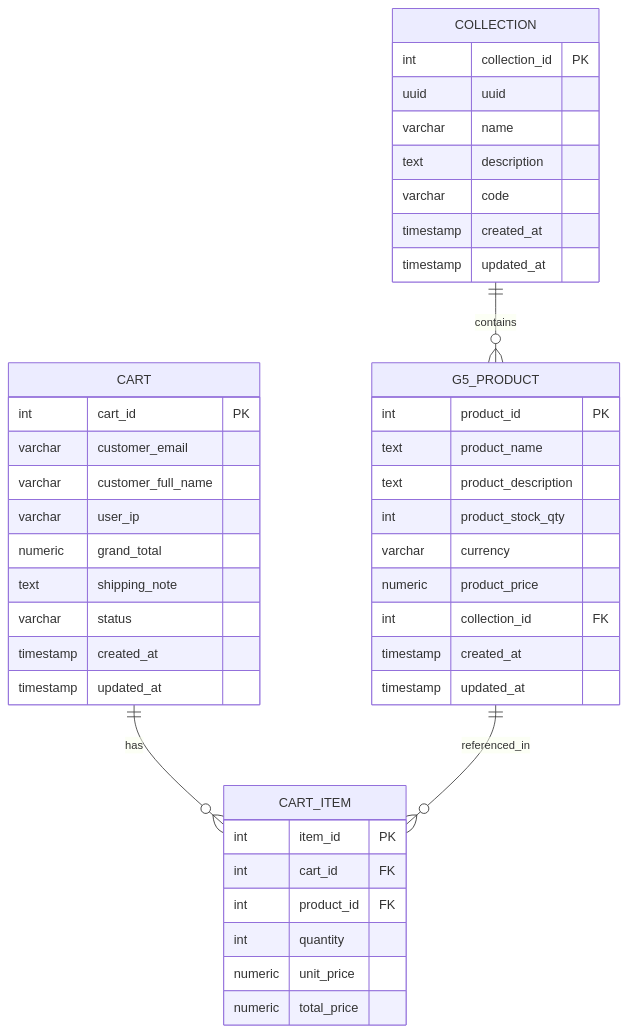
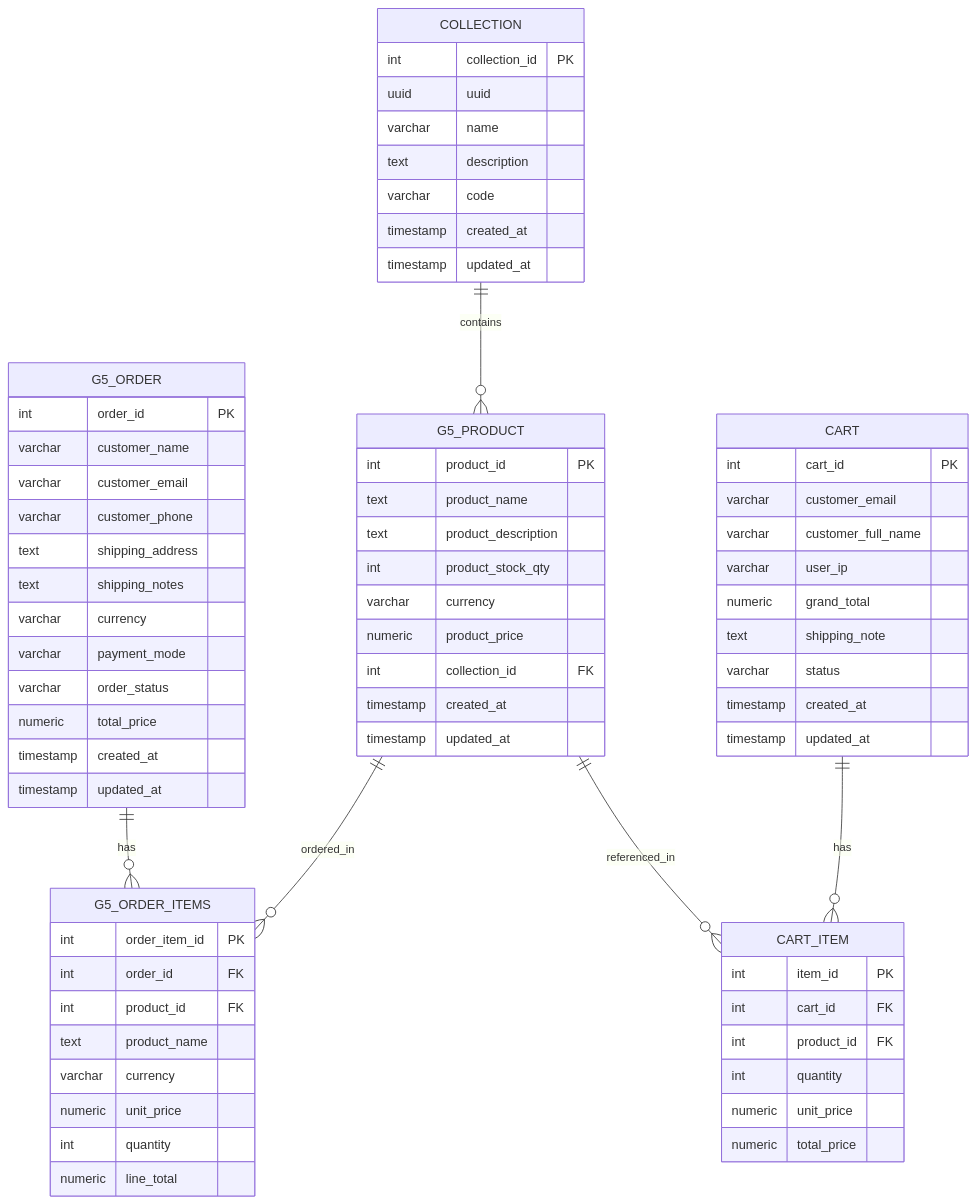
One commit to ts-cds-group-5/IISc-CapstoneProject-Repo changed the sixth of 14 diagrams in common/workflow_with_catalog_tools.md. Above: the diagram before and after it, drawn with Mermaid. The commit also changed other lines of this file, not shown here.

First line of the commit message:
docs: Update workflow diagrams for complete shopping system

````diff
--- a/common/workflow_with_catalog_tools.md
+++ b/common/workflow_with_catalog_tools.md
@@ -243,49 +339,77 @@
 ```mermaid
 erDiagram
     COLLECTION ||--o{ G5_PRODUCT : contains
+    G5_PRODUCT ||--o{ G5_ORDER_ITEMS : ordered_in
+    G5_ORDER ||--o{ G5_ORDER_ITEMS : has
     CART ||--o{ CART_ITEM : has
     G5_PRODUCT ||--o{ CART_ITEM : referenced_in
     
     COLLECTION {
         int collection_id PK
         uuid uuid
         varchar name
         text description
         varchar code
         timestamp created_at
         timestamp updated_at
     }
     
     G5_PRODUCT {
         int product_id PK
         text product_name
         text product_description
         int product_stock_qty
         varchar currency
         numeric product_price
         int collection_id FK
         timestamp created_at
         timestamp updated_at
     }
     
+    G5_ORDER {
+        int order_id PK
+        varchar customer_name
+        varchar customer_email
+        varchar customer_phone
+        text shipping_address
+        text shipping_notes
+        varchar currency
+        varchar payment_mode
+        varchar order_status
+        numeric total_price
+        timestamp created_at
+        timestamp updated_at
+    }
+    
+    G5_ORDER_ITEMS {
+        int order_item_id PK
+        int order_id FK
+        int product_id FK
+        text product_name
+        varchar currency
+        numeric unit_price
+        int quantity
+        numeric line_total
+    }
+    
     CART {
         int cart_id PK
         varchar customer_email
         varchar customer_full_name
         varchar user_ip
         numeric grand_total
         text shipping_note
         varchar status
         timestamp created_at
         timestamp updated_at
     }
     
     CART_ITEM {
         int item_id PK
         int cart_id FK
         int product_id FK
         int quantity
         numeric unit_price
         numeric total_price
     }
 ```
````
